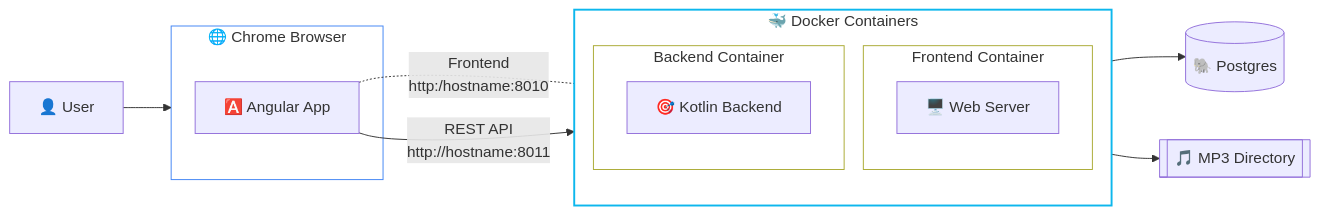
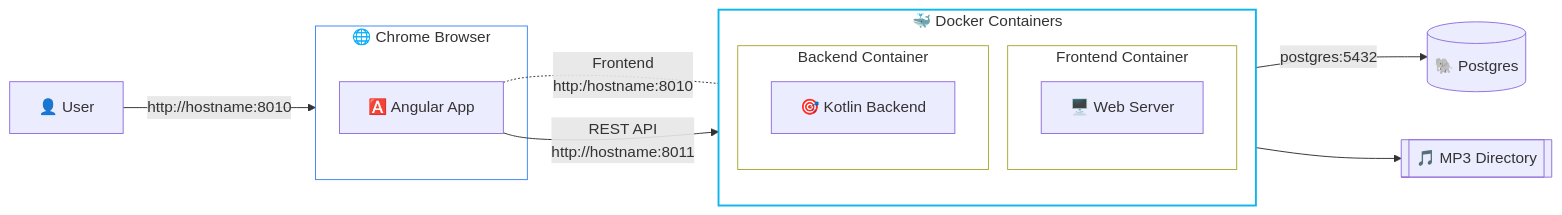
The first of 2 diagrams in README.md (richardeigenmann/Music-Spring), drawn with Mermaid before and after one commit. The commit also changed other lines of this file and 2 other files, not shown here.

````diff
--- a/README.md
+++ b/README.md
@@ -30,46 +30,46 @@
 ```mermaid
 graph LR
     %% Entity Definitions
     User["👤 User"]
     
     subgraph Browser ["🌐 Chrome Browser"]
         App["🅰️ Angular App"]
     end
 
     subgraph Docker ["🐳 Docker Containers"]
         direction TB
         subgraph FE ["Frontend Container"]
             WS["🖥️ Web Server"]
         end
         
         %% Vertical strut
         %%FE ~~~ BE
         
         subgraph BE ["Backend Container"]
-            API["🎯 Kotlin Backend"]
+            Backend["🎯 Kotlin Backend"]
         end
     end
 
     DB[("🐘 Postgres")]
     Files[["🎵 MP3 Directory"]]
 
     %% --- THE CONNECTIONS (The "Physics" Fix) ---
     
-    User --> Browser
+    User -->|http://hostname:8010| Browser
     
     %% Reverse the arrow syntax to force WS to the RIGHT of App
     App <-.-|Frontend\nhttp:/hostname:8010| WS
     
     %% Standard flow to the backend
-    App -->|REST API\nhttp://hostname:8011| API
+    App -->|REST API\nhttp://hostname:8011| Backend
     
     %% Backend data flow
-    API --> DB
-    API --> Files
+    Backend -->|postgres:5432| DB
+    Backend --> Files
 
     %% Styling
     style Browser fill:#fff,stroke:#4285F4
     style Docker fill:#fff,stroke:#0db7ed,stroke-width:2px
     style FE fill:#fff
     style BE fill:#fff
 ```
````
